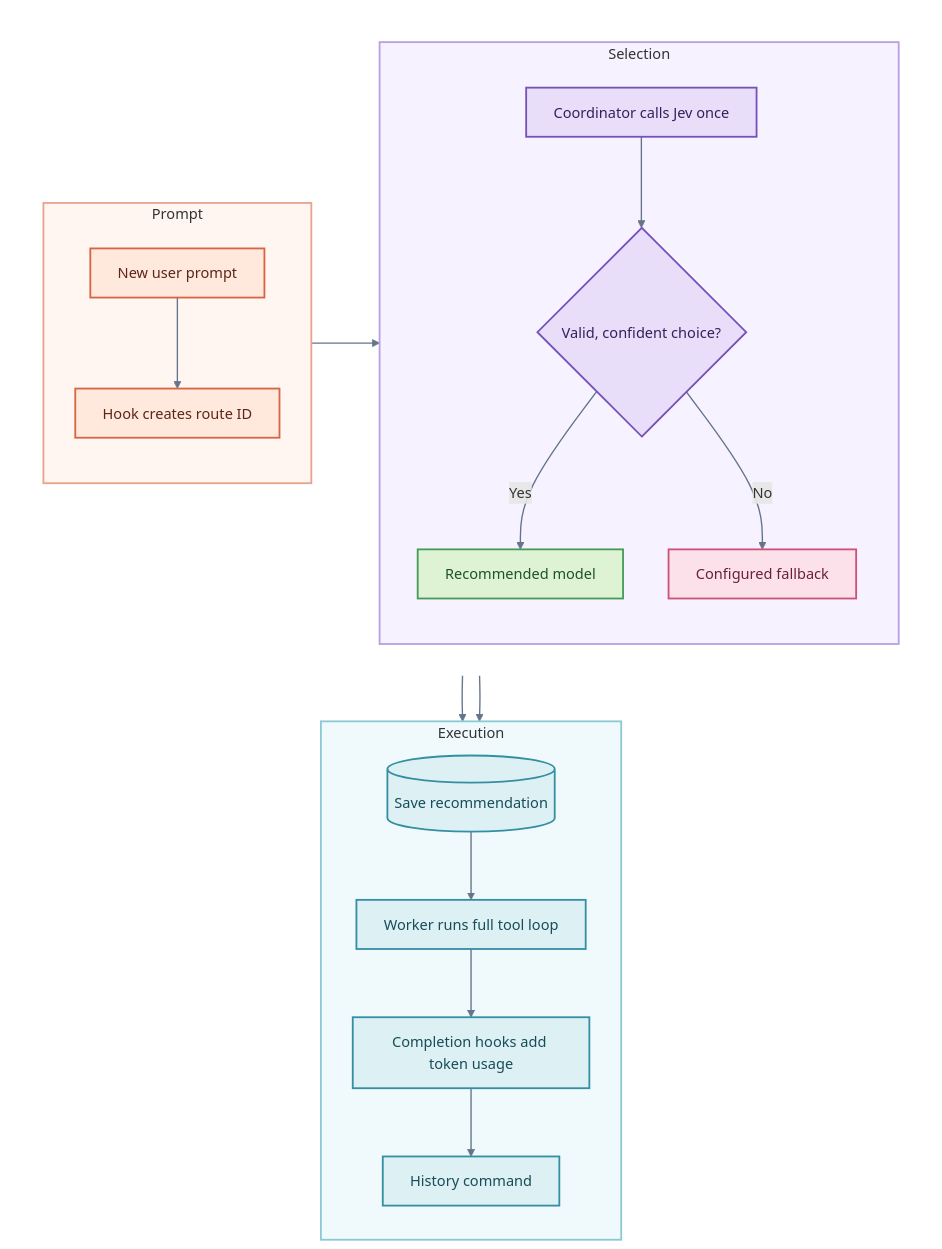
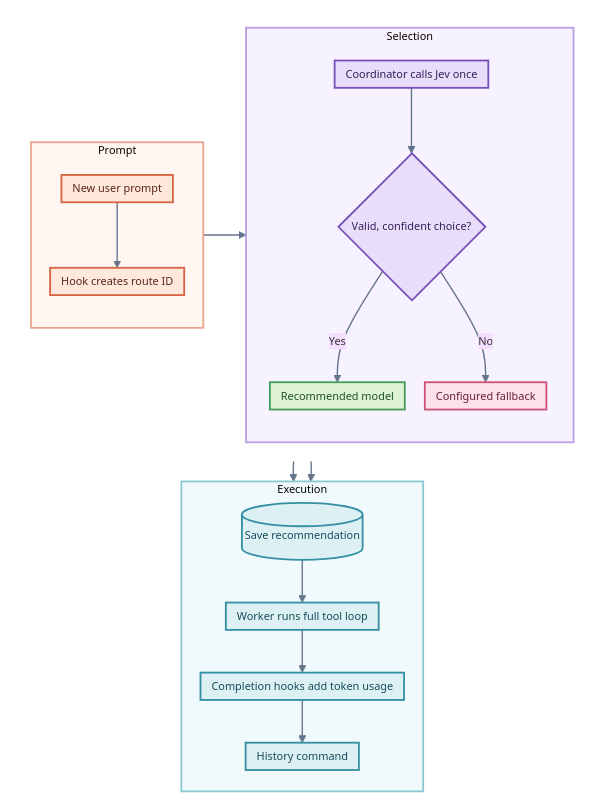
One commit to mehmet-akpolat/jev-llm-router changed the diagram in README.md. Above: the diagram before and after it, drawn with Mermaid. The commit also changed other lines of this file and 7 other files, not shown here.

```diff
--- a/README.md
+++ b/README.md
@@ -27,47 +27,48 @@
 ~~~mermaid
+%%{init: {"theme": "base", "themeVariables": {"fontSize": "12px"}, "flowchart": {"nodeSpacing": 22, "rankSpacing": 22, "padding": 6, "diagramPadding": 4}}}%%
 flowchart TB
     subgraph Upper[" "]
         direction LR
 
         subgraph Prompt
             direction TB
             A[New user prompt] --> B[Hook creates route ID]
         end
 
         subgraph Selection
             direction TB
             C[Coordinator calls Jev once] --> D{Valid, confident choice?}
             D -- Yes --> E[Recommended model]
             D -- No --> F[Configured fallback]
         end
     end
 
     subgraph Execution
         direction TB
         G[(Save recommendation)] --> H[Worker runs full tool loop]
         H --> I[Completion hooks add token usage]
         I --> J[History command]
     end
 
     B --> C
     E --> G
     F --> G
 
     classDef prompt fill:#FFE8DC,stroke:#D76545,color:#5C2618,stroke-width:2px
     classDef selection fill:#E8DEFA,stroke:#7651B8,color:#35205A,stroke-width:2px
     classDef recommended fill:#DDF3D4,stroke:#469B58,color:#20512A,stroke-width:2px
     classDef fallback fill:#FCE0EA,stroke:#CC5278,color:#682139,stroke-width:2px
     classDef execution fill:#DDF1F5,stroke:#358FA3,color:#174C58,stroke-width:2px
 
     class A,B prompt
     class C,D selection
     class E recommended
     class F fallback
     class G,H,I,J execution
 
     style Upper fill:transparent,stroke:transparent
     style Prompt fill:#FFF6F1,stroke:#E9A48E,stroke-width:2px
     style Selection fill:#F7F2FF,stroke:#B8A0E2,stroke-width:2px
     style Execution fill:#F0FAFC,stroke:#8BC9D5,stroke-width:2px
     linkStyle default stroke:#64748B,stroke-width:1.5px
 ~~~
```
